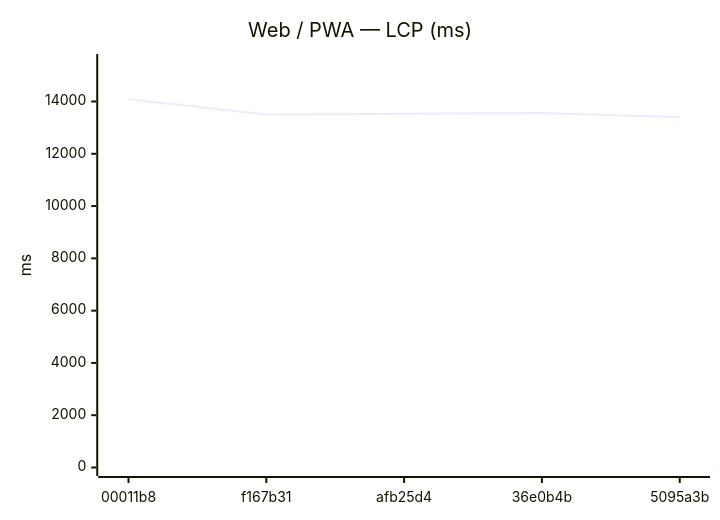
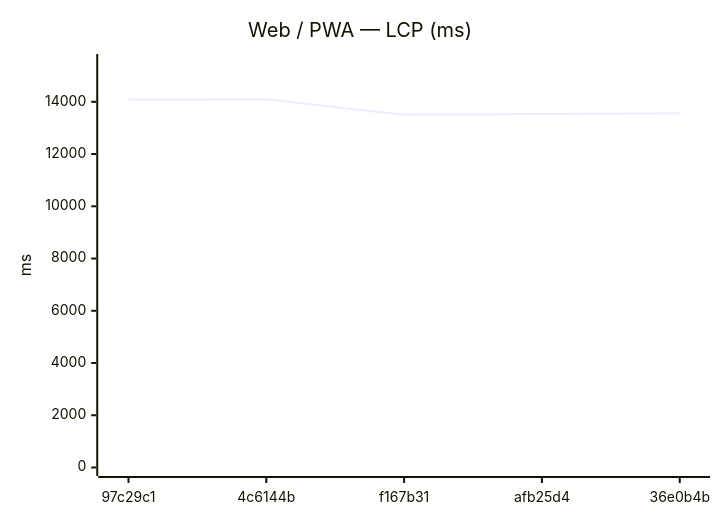
One commit to Metaheurist/Rianell changed the seventh of 18 diagrams in benchmarks/compare.md. Above: the diagram before and after it, drawn with Mermaid. The commit also changed other lines of this file and 11 other files, not shown here.

````diff
--- a/benchmarks/compare.md
+++ b/benchmarks/compare.md
@@ -117,7 +117,7 @@
 ```mermaid
 xychart-beta
     title "Web / PWA — LCP (ms)"
-    x-axis ["00011b8", "f167b31", "afb25d4", "36e0b4b", "5095a3b"]
-    y-axis "ms" 0 --> 15492
-    line [14083, 13501, 13531, 13563, 13394]
+    x-axis ["97c29c1", "4c6144b", "f167b31", "afb25d4", "36e0b4b"]
+    y-axis "ms" 0 --> 15504
+    line [14084, 14094, 13501, 13531, 13563]
 ```
````
